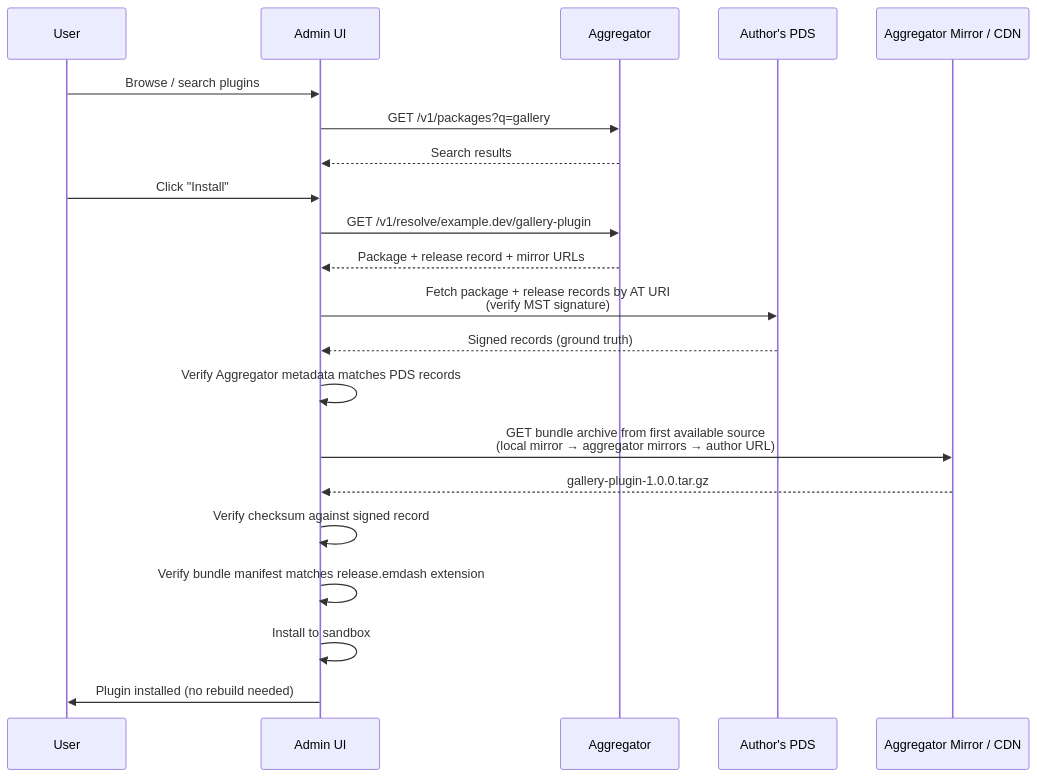
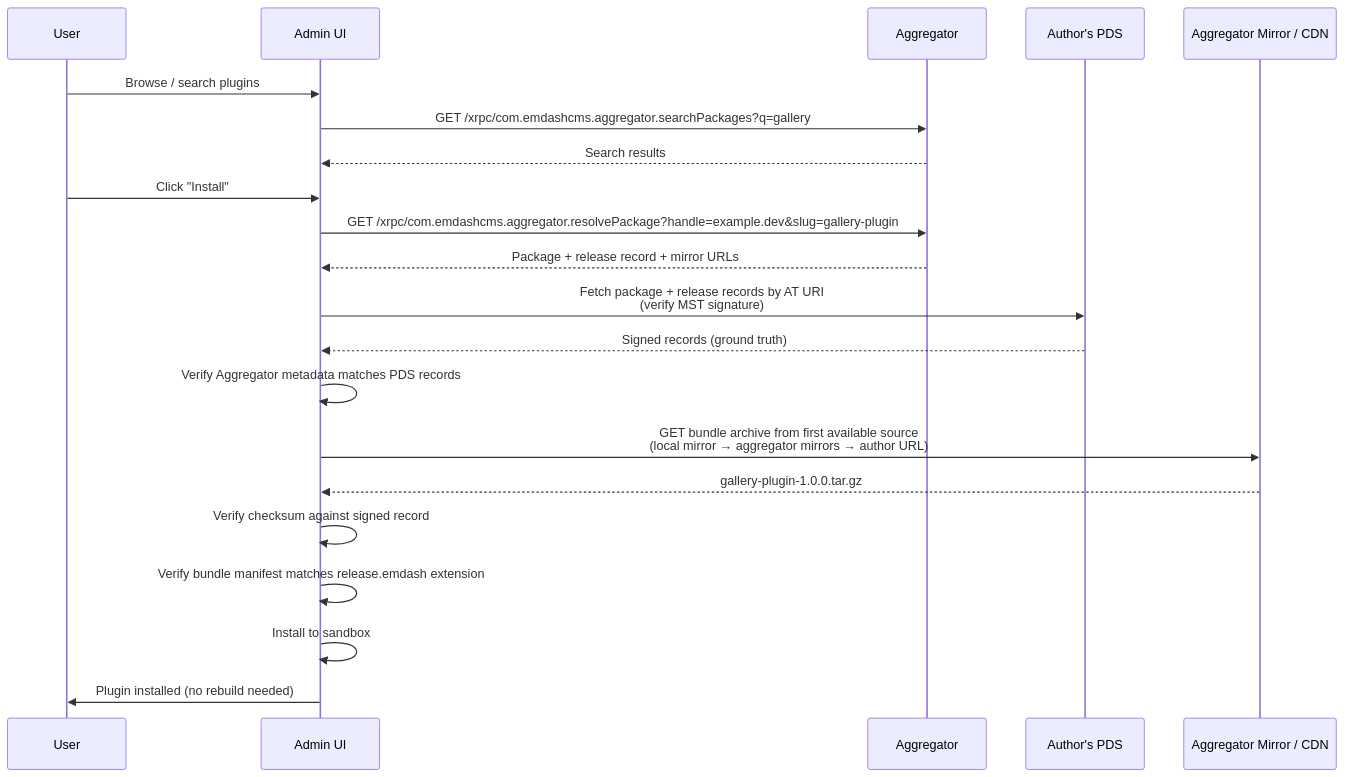
Before and after one commit to emdash-cms/emdash: the second of 3 diagrams in rfcs/0001-plugin-registry.md, drawn with Mermaid. The commit also changed other lines of this file, not shown here.

First line of the commit message:
docs(rfc-0001): adopt XRPC for aggregator API

````diff
--- a/rfcs/0001-plugin-registry.md
+++ b/rfcs/0001-plugin-registry.md
@@ -499,24 +501,24 @@
 ```mermaid
 sequenceDiagram
     participant User
     participant Admin as Admin UI
     participant Aggregator
     participant PDS as Author's PDS
     participant Mirror as Aggregator Mirror / CDN
 
     User->>Admin: Browse / search plugins
-    Admin->>Aggregator: GET /v1/packages?q=gallery
+    Admin->>Aggregator: GET /xrpc/com.emdashcms.aggregator.searchPackages?q=gallery
     Aggregator-->>Admin: Search results
     User->>Admin: Click "Install"
-    Admin->>Aggregator: GET /v1/resolve/example.dev/gallery-plugin
+    Admin->>Aggregator: GET /xrpc/com.emdashcms.aggregator.resolvePackage?handle=example.dev&slug=gallery-plugin
     Aggregator-->>Admin: Package + release record + mirror URLs
     Admin->>PDS: Fetch package + release records by AT URI<br/>(verify MST signature)
     PDS-->>Admin: Signed records (ground truth)
     Admin->>Admin: Verify Aggregator metadata matches PDS records
     Admin->>Mirror: GET bundle archive from first available source<br/>(local mirror → aggregator mirrors → author URL)
     Mirror-->>Admin: gallery-plugin-1.0.0.tar.gz
     Admin->>Admin: Verify checksum against signed record
     Admin->>Admin: Verify bundle manifest matches release.emdash extension
     Admin->>Admin: Install to sandbox
     Admin->>User: Plugin installed (no rebuild needed)
 ```
````
